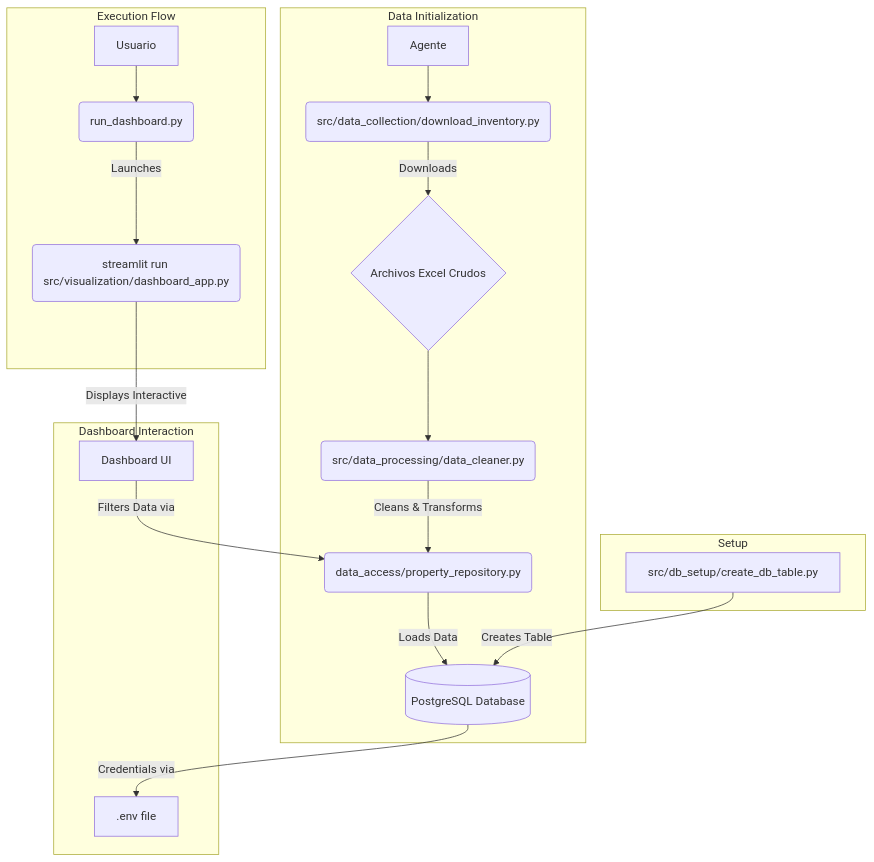
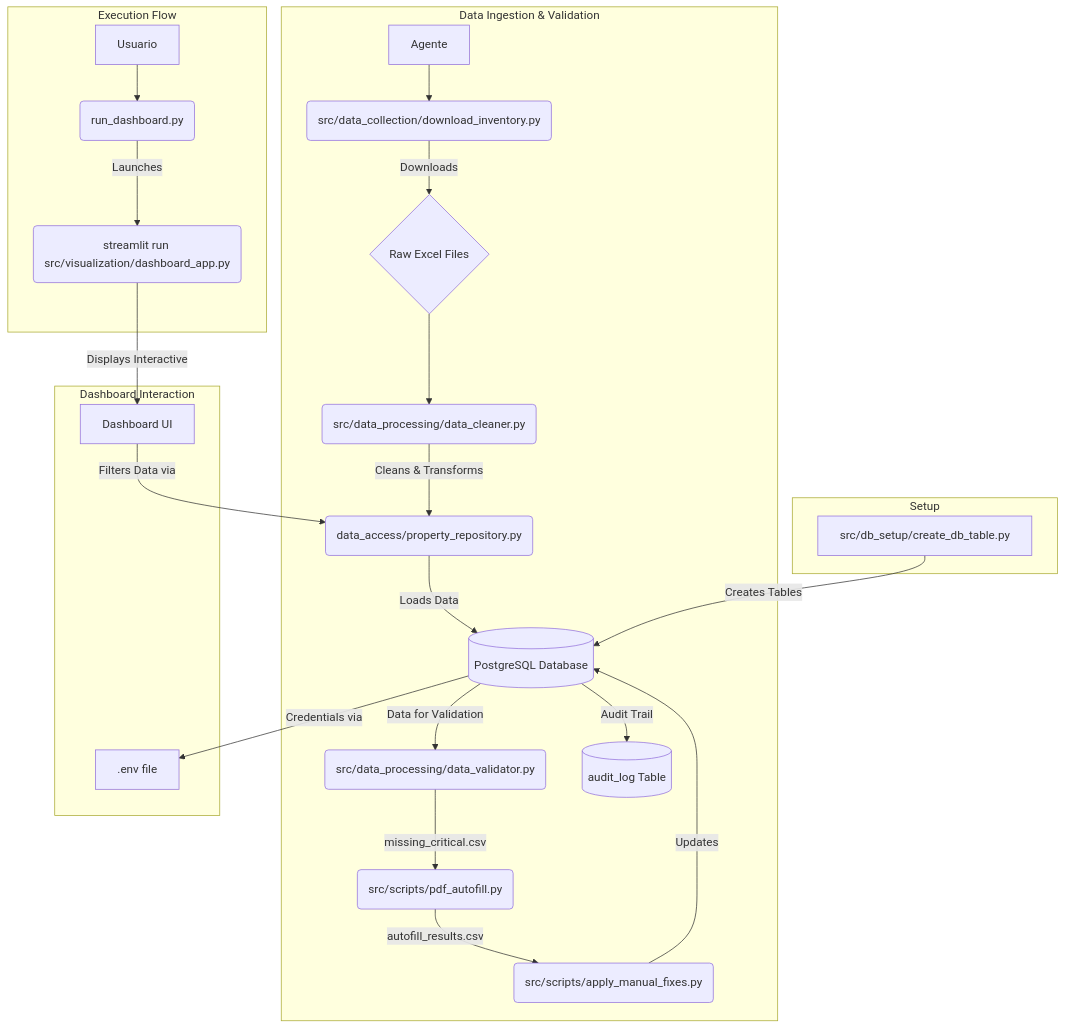
One commit to fm-dev-mx/real_estate_insights changed the diagram in docs/current_state.mmd. Above: the diagram before and after it, drawn with Mermaid. The commit also changed 16 other files, not shown here.

First line of the commit message:
feat: Implement data validation and autofill from PDF

```diff
--- a/docs/current_state.mmd
+++ b/docs/current_state.mmd
@@ -1,23 +1,28 @@
 graph TD
     subgraph Execution Flow
         A[Usuario] --> B(run_dashboard.py)
         B -- Launches --> C(streamlit run src/visualization/dashboard_app.py)
     end
 
-    subgraph Data Initialization
+    subgraph Data Ingestion & Validation
         D[Agente] --> E(src/data_collection/download_inventory.py)
-        E -- Downloads --> F{Archivos Excel Crudos}
+        E -- Downloads --> F{Raw Excel Files}
         F --> G(src/data_processing/data_cleaner.py)
         G -- Cleans & Transforms --> H(data_access/property_repository.py)
         H -- Loads Data --> I[(PostgreSQL Database)]
+        I -- Data for Validation --> J(src/data_processing/data_validator.py)
+        J -->|missing_critical.csv| K(src/scripts/pdf_autofill.py)
+        K -->|autofill_results.csv| L(src/scripts/apply_manual_fixes.py)
+        L -- Updates --> I
+        I -- Audit Trail --> M[(audit_log Table)]
     end
 
     subgraph Dashboard Interaction
-        C -- Displays Interactive --> J[Dashboard UI]
-        J -- Filters Data via --> H
-        I -- Credentials via --> K[.env file]
+        C -- Displays Interactive --> N[Dashboard UI]
+        N -- Filters Data via --> H
+        I -- Credentials via --> O[.env file]
     end
 
     subgraph Setup
-        L[src/db_setup/create_db_table.py] -- Creates Table --> I
+        P[src/db_setup/create_db_table.py] -- Creates Tables --> I
     end
```
